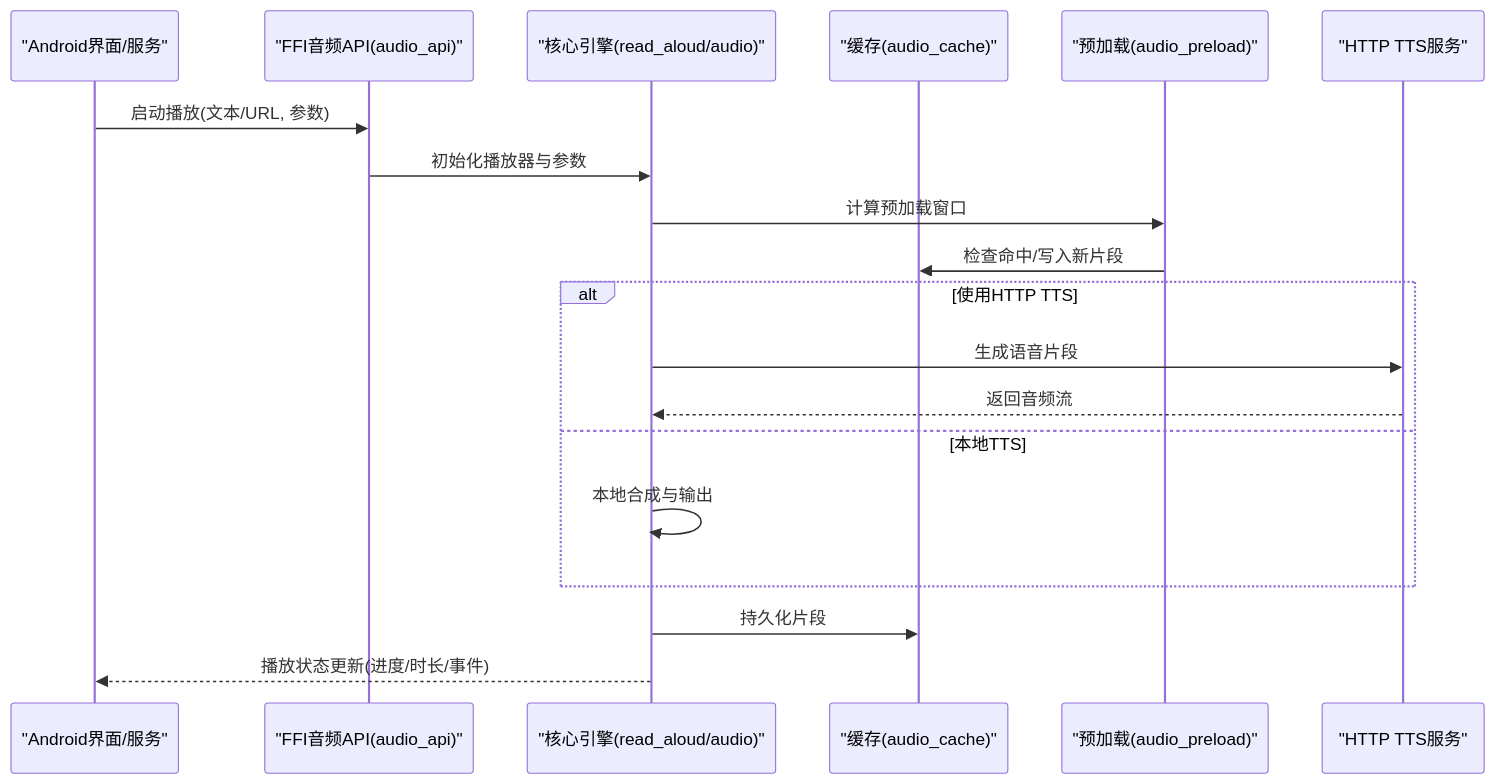
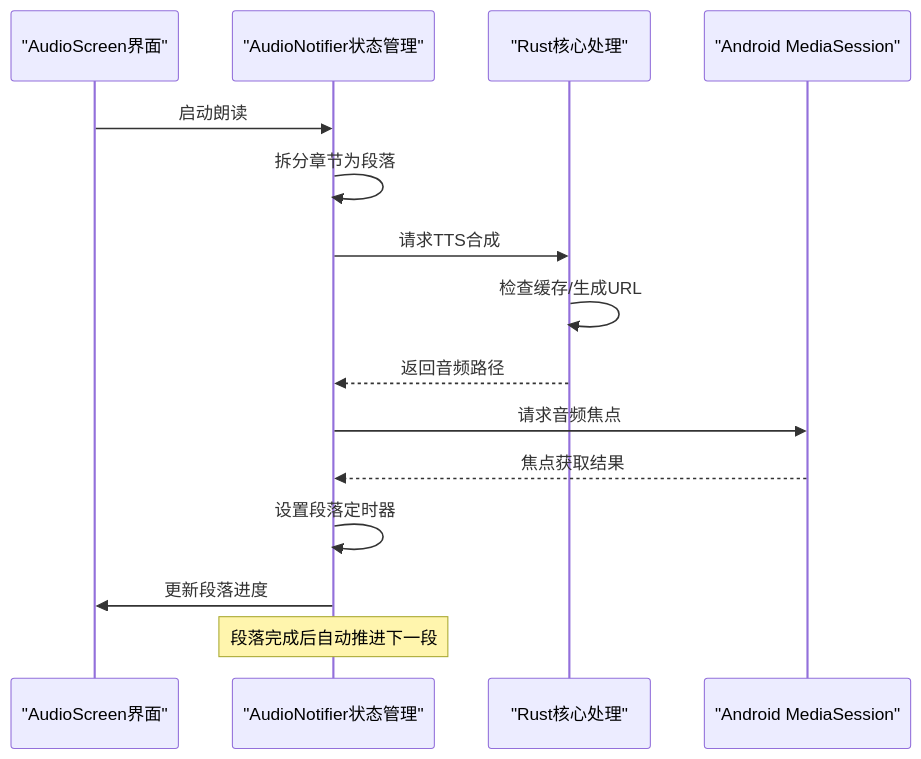
The second of 3 diagrams in .qoder/repowiki/zh/content/项目概述/核心功能特性/音频播放功能.md (ZhangGHGitHub/LegadoTeamFlutter), drawn with Mermaid before and after one commit. The commit also changed other lines of this file and 173 other files, not shown here.

````diff
--- a/.qoder/repowiki/zh/content/项目概述/核心功能特性/音频播放功能.md
+++ b/.qoder/repowiki/zh/content/项目概述/核心功能特性/音频播放功能.md
@@ -105,21 +102,17 @@
 ```mermaid
 sequenceDiagram
-participant UI as "Android界面/服务"
-participant FFI as "FFI音频API(audio_api)"
-participant Core as "核心引擎(read_aloud/audio)"
-participant Cache as "缓存(audio_cache)"
-participant Preload as "预加载(audio_preload)"
-participant TTSServer as "HTTP TTS服务"
-UI->>FFI : 启动播放(文本/URL, 参数)
-FFI->>Core : 初始化播放器与参数
-Core->>Preload : 计算预加载窗口
-Preload->>Cache : 检查命中/写入新片段
-alt 使用HTTP TTS
-Core->>TTSServer : 生成语音片段
-TTSServer-->>Core : 返回音频流
-else 本地TTS
-Core->>Core : 本地合成与输出
-end
-Core->>Cache : 持久化片段
-Core-->>UI : 播放状态更新(进度/时长/事件)
+participant UI as "AudioScreen界面"
+participant Notifier as "AudioNotifier状态管理"
+participant RustCore as "Rust核心处理"
+participant Android as "Android MediaSession"
+UI->>Notifier : 启动朗读
+Notifier->>Notifier : 拆分章节为段落
+Notifier->>RustCore : 请求TTS合成
+RustCore->>RustCore : 检查缓存/生成URL
+RustCore-->>Notifier : 返回音频路径
+Notifier->>Android : 请求音频焦点
+Android-->>Notifier : 焦点获取结果
+Notifier->>Notifier : 设置段落定时器
+Notifier->>UI : 更新段落进度
+Note over Notifier : 段落完成后自动推进下一段
 ```
````
